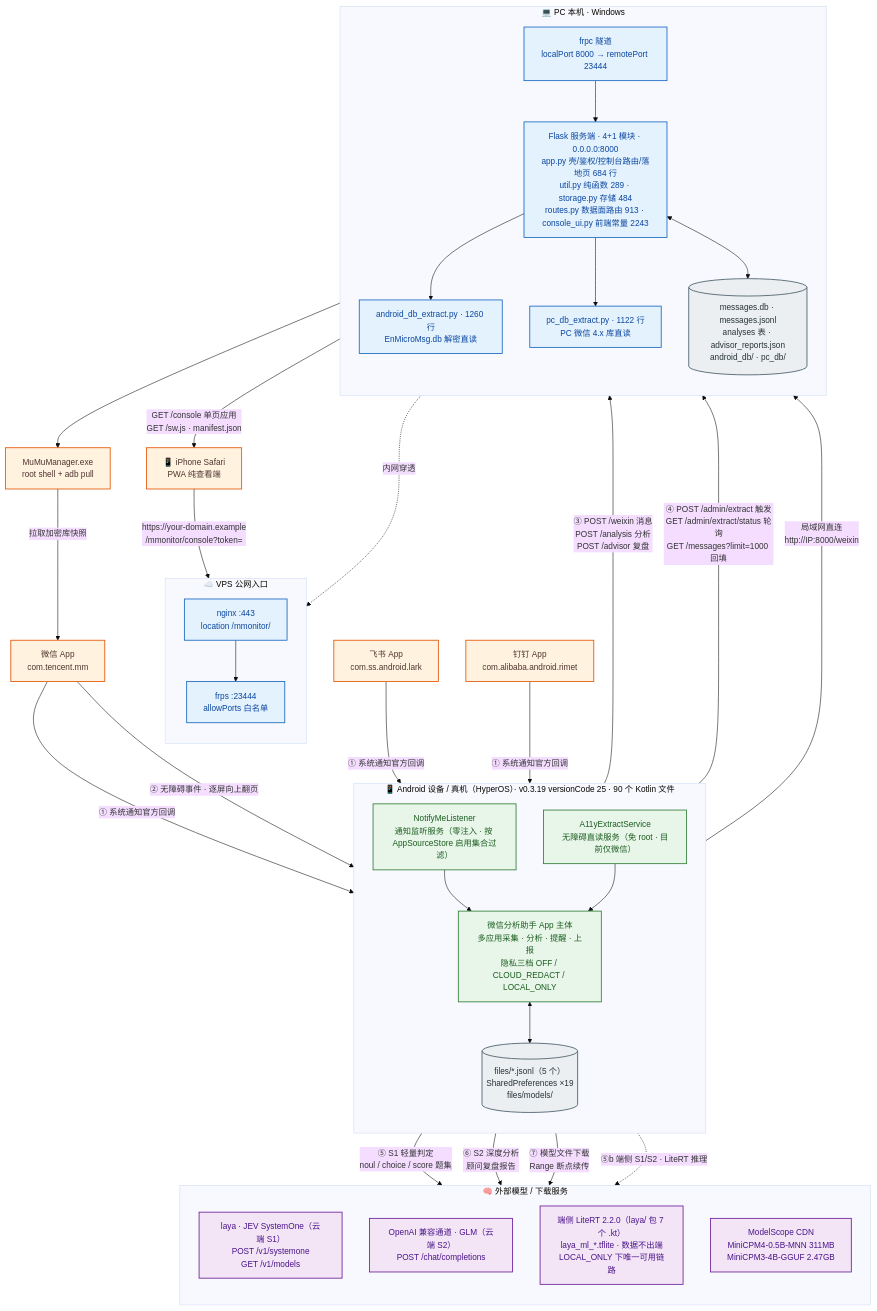
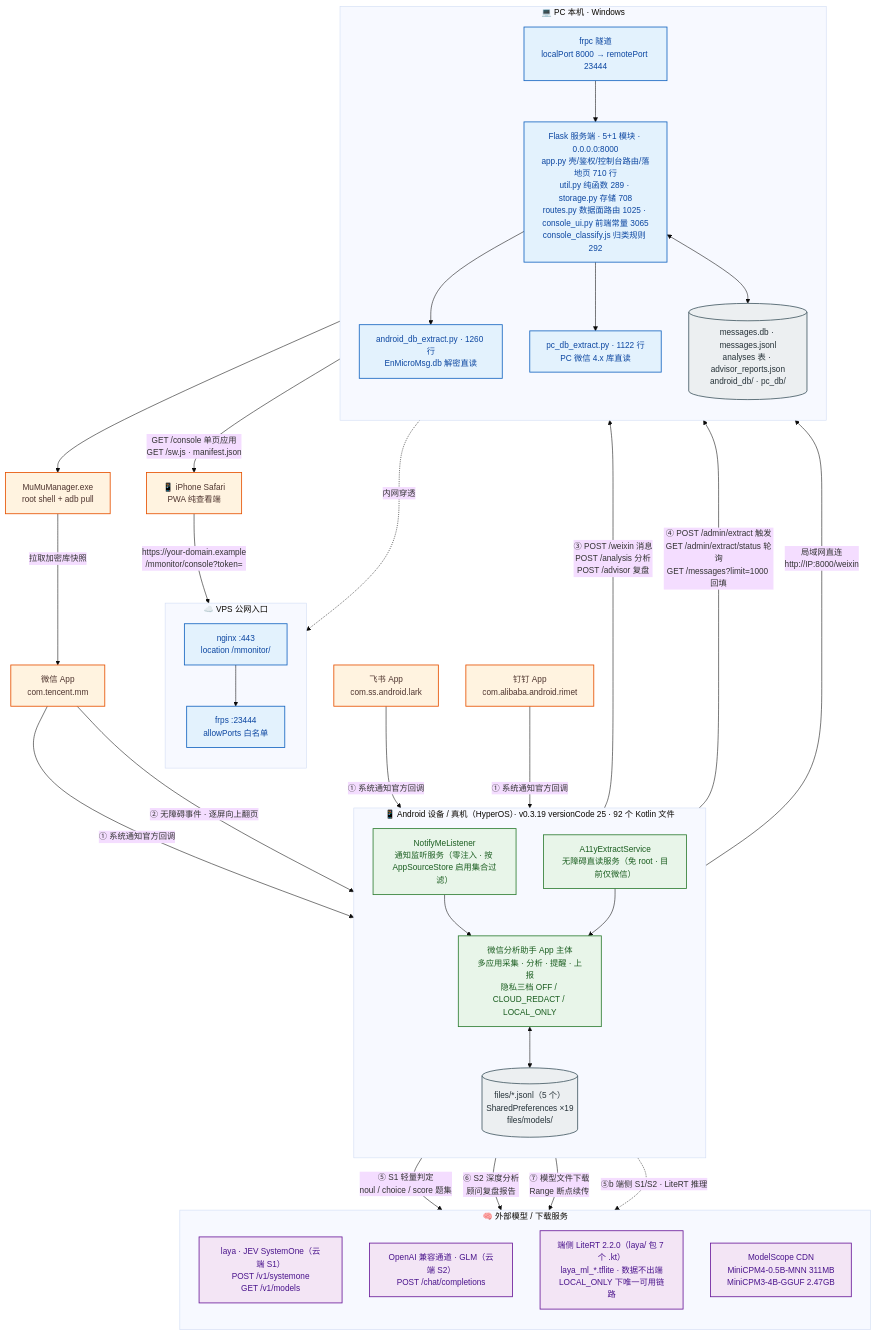
Before and after one commit to solidjoker/notifyme: the diagram in docs/architecture/diagrams/01-system-context.mmd, drawn with Mermaid. The commit also changed 34 other files, not shown here.

```diff
--- a/docs/architecture/diagrams/01-system-context.mmd
+++ b/docs/architecture/diagrams/01-system-context.mmd
@@ -1,70 +1,70 @@
 %%{init: {'theme':'base','themeVariables':{'fontSize':'15px','fontFamily':'Microsoft YaHei, PingFang SC, sans-serif'},'flowchart':{'htmlLabels':true,'curve':'basis'}}}%%
 flowchart TB
     classDef ext  fill:#fff3e0,stroke:#e65100,stroke-width:1.5px,color:#4e342e
     classDef app  fill:#e8f5e9,stroke:#2e7d32,stroke-width:1.5px,color:#1b5e20
     classDef srv  fill:#e3f2fd,stroke:#1565c0,stroke-width:1.5px,color:#0d47a1
     classDef llm  fill:#f3e5f5,stroke:#6a1b9a,stroke-width:1.5px,color:#4a148c
     classDef store fill:#eceff1,stroke:#455a64,stroke-width:1.5px,color:#263238
 
     WX["微信 App<br/>com.tencent.mm"]:::ext
     FS["飞书 App<br/>com.ss.android.lark"]:::ext
     DT["钉钉 App<br/>com.alibaba.android.rimet"]:::ext
 
-    subgraph DEV["📱 Android 设备 / 真机（HyperOS）· v0.3.19 versionCode 25 · 90 个 Kotlin 文件"]
+    subgraph DEV["📱 Android 设备 / 真机（HyperOS）· v0.3.19 versionCode 25 · 92 个 Kotlin 文件"]
         direction TB
         NL["NotifyMeListener<br/>通知监听服务（零注入 · 按 AppSourceStore 启用集合过滤）"]:::app
         A11Y["A11yExtractService<br/>无障碍直读服务（免 root · 目前仅微信）"]:::app
         CORE["微信分析助手 App 主体<br/>多应用采集 · 分析 · 提醒 · 上报<br/>隐私三档 OFF / CLOUD_REDACT / LOCAL_ONLY"]:::app
         STORE[("files/*.jsonl（5 个）<br/>SharedPreferences ×19<br/>files/models/")]:::store
         NL --> CORE
         A11Y --> CORE
         CORE <--> STORE
     end
 
     subgraph HOST["💻 PC 本机 · Windows"]
         direction TB
-        FLASK["Flask 服务端 · 4+1 模块 · 0.0.0.0:8000<br/>app.py 壳/鉴权/控制台路由/落地页 684 行<br/>util.py 纯函数 289 · storage.py 存储 484<br/>routes.py 数据面路由 913 · console_ui.py 前端常量 2243"]:::srv
+        FLASK["Flask 服务端 · 5+1 模块 · 0.0.0.0:8000<br/>app.py 壳/鉴权/控制台路由/落地页 710 行<br/>util.py 纯函数 289 · storage.py 存储 708<br/>routes.py 数据面路由 1025 · console_ui.py 前端常量 3065<br/>console_classify.js 归类规则 292"]:::srv
         ADBEX["android_db_extract.py · 1260 行<br/>EnMicroMsg.db 解密直读"]:::srv
         PCEX["pc_db_extract.py · 1122 行<br/>PC 微信 4.x 库直读"]:::srv
         DB[("messages.db · messages.jsonl<br/>analyses 表 · advisor_reports.json<br/>android_db/ · pc_db/")]:::store
         FRPC["frpc 隧道<br/>localPort 8000 → remotePort 23444"]:::srv
         FLASK --> ADBEX
         FLASK --> PCEX
         FLASK <--> DB
         FRPC --> FLASK
     end
 
     subgraph VPS["☁️ VPS 公网入口"]
         direction TB
         NGINX["nginx :443<br/>location /mmonitor/"]:::srv
         FRPS["frps :23444<br/>allowPorts 白名单"]:::srv
         NGINX --> FRPS
     end
 
     subgraph AI["🧠 外部模型 / 下载服务"]
         direction TB
         LAYA["laya · JEV SystemOne（云端 S1）<br/>POST /v1/systemone<br/>GET /v1/models"]:::llm
         GLM["OpenAI 兼容通道 · GLM（云端 S2）<br/>POST /chat/completions"]:::llm
         LITE["端侧 LiteRT 2.2.0（laya/ 包 7 个 .kt）<br/>laya_ml_*.tflite · 数据不出端<br/>LOCAL_ONLY 下唯一可用链路"]:::llm
         MS["ModelScope CDN<br/>MiniCPM4-0.5B-MNN 311MB<br/>MiniCPM3-4B-GGUF 2.47GB"]:::llm
     end
 
     MUMU["MuMuManager.exe<br/>root shell + adb pull"]:::ext
     IPHONE["📱 iPhone Safari<br/>PWA 纯查看端"]:::ext
 
     WX -->|"① 系统通知官方回调"| NL
     FS -->|"① 系统通知官方回调"| NL
     DT -->|"① 系统通知官方回调"| NL
     WX -->|"② 无障碍事件 · 逐屏向上翻页"| A11Y
     CORE -->|"③ POST /weixin 消息<br/>POST /analysis 分析<br/>POST /advisor 复盘"| FLASK
     CORE -->|"④ POST /admin/extract 触发<br/>GET /admin/extract/status 轮询<br/>GET /messages?limit=1000 回填"| FLASK
     CORE -->|"⑤ S1 轻量判定<br/>noul / choice / score 题集"| LAYA
     CORE -->|"⑥ S2 深度分析<br/>顾问复盘报告"| GLM
     CORE -->|"⑦ 模型文件下载<br/>Range 断点续传"| MS
     CORE -.->|"⑤b 端侧 S1/S2 · LiteRT 推理"| LITE
     ADBEX --> MUMU
     MUMU -->|"拉取加密库快照"| WX
     CORE -->|"局域网直连<br/>http://IP:8000/weixin"| FLASK
     FRPC -.->|"内网穿透"| FRPS
     IPHONE -->|"https://your-domain.example<br/>/mmonitor/console?token="| NGINX
     FLASK -->|"GET /console 单页应用<br/>GET /sw.js · manifest.json"| IPHONE
```
